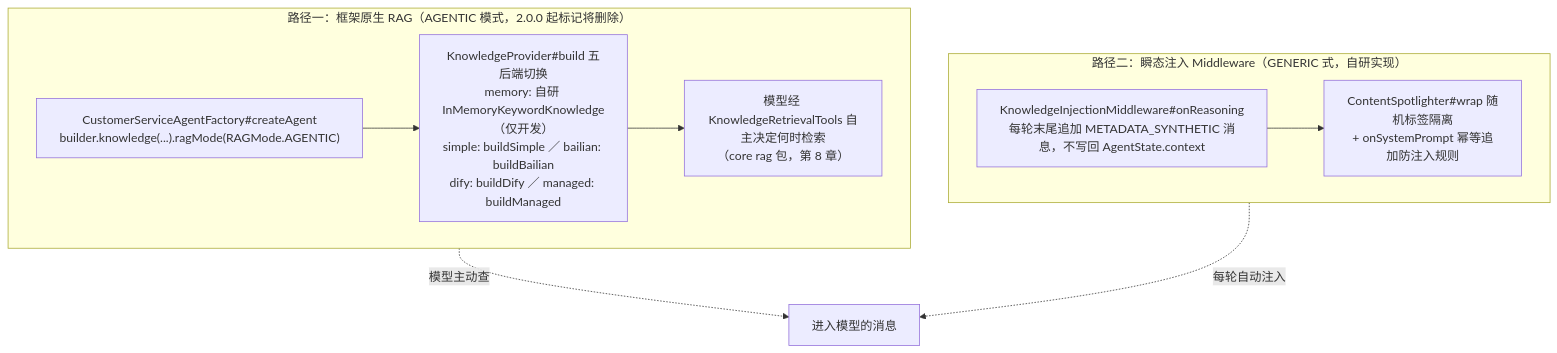
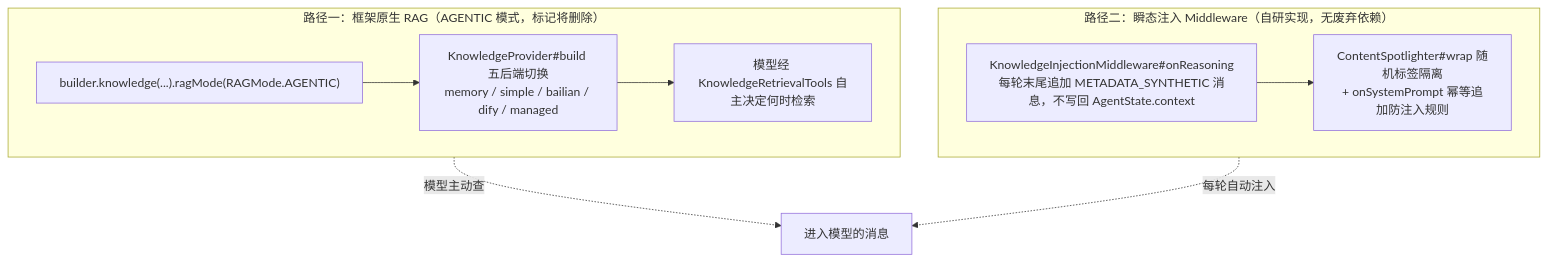
One commit to liulangjietou/AgentScope-source-analysis changed the third of 8 diagrams in 09-customer_work场景全景映射.md. Above: the diagram before and after it, drawn with Mermaid. The commit also changed other lines of this file and 14 other files, not shown here.

````diff
--- a/09-customer_work场景全景映射.md
+++ b/09-customer_work场景全景映射.md
@@ -133,16 +107,12 @@
 ```mermaid
 flowchart TB
-    subgraph P1["路径一：框架原生 RAG（AGENTIC 模式，2.0.0 起标记将删除）"]
-        B["CustomerServiceAgentFactory#createAgent<br/>builder.knowledge(...).ragMode(RAGMode.AGENTIC)"]
-        KP["KnowledgeProvider#build 五后端切换<br/>memory: 自研 InMemoryKeywordKnowledge（仅开发）<br/>simple: buildSimple ／ bailian: buildBailian<br/>dify: buildDify ／ managed: buildManaged"]
-        KRT["模型经 KnowledgeRetrievalTools 自主决定何时检索<br/>（core rag 包，第 8 章）"]
-        B --> KP --> KRT
+    subgraph P1["路径一：框架原生 RAG（AGENTIC 模式，标记将删除）"]
+        B["builder.knowledge(...).ragMode(RAGMode.AGENTIC)"] --> KP["KnowledgeProvider#build 五后端切换<br/>memory / simple / bailian / dify / managed"]
+        KP --> KRT["模型经 KnowledgeRetrievalTools 自主决定何时检索"]
     end
-    subgraph P2["路径二：瞬态注入 Middleware（GENERIC 式，自研实现）"]
-        KIM["KnowledgeInjectionMiddleware#onReasoning<br/>每轮末尾追加 METADATA_SYNTHETIC 消息，不写回 AgentState.context"]
-        SPOT["ContentSpotlighter#wrap 随机标签隔离<br/>+ onSystemPrompt 幂等追加防注入规则"]
-        KIM --> SPOT
+    subgraph P2["路径二：瞬态注入 Middleware（自研实现，无废弃依赖）"]
+        KIM["KnowledgeInjectionMiddleware#onReasoning<br/>每轮末尾追加 METADATA_SYNTHETIC 消息，不写回 AgentState.context"] --> SPOT["ContentSpotlighter#wrap 随机标签隔离<br/>+ onSystemPrompt 幂等追加防注入规则"]
     end
     P1 -.->|"模型主动查"| LLM["进入模型的消息"]
     P2 -.->|"每轮自动注入"| LLM
 ```
````
